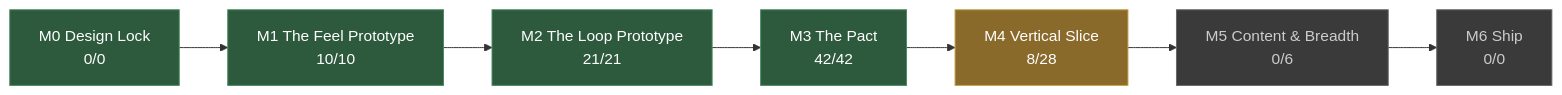
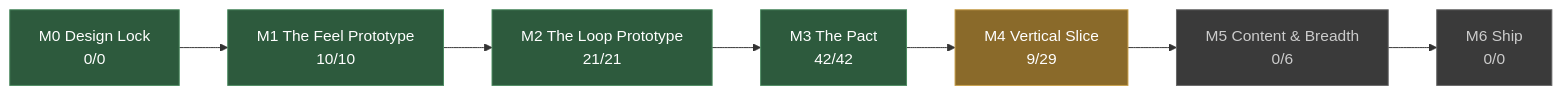
The diagram in docs/STATUS.md (JoshuaGessner/she), drawn with Mermaid before and after one commit. The commit also changed other lines of this file and 7 other files, not shown here.

````diff
--- a/docs/STATUS.md
+++ b/docs/STATUS.md
@@ -13,19 +13,19 @@
 ```mermaid
 flowchart LR
   M0["M0 Design Lock<br/>0/0"]:::passed
   M1["M1 The Feel Prototype<br/>10/10"]:::passed
   M0 --> M1
   M2["M2 The Loop Prototype<br/>21/21"]:::passed
   M1 --> M2
   M3["M3 The Pact<br/>42/42"]:::passed
   M2 --> M3
-  M4["M4 Vertical Slice<br/>8/28"]:::current
+  M4["M4 Vertical Slice<br/>9/29"]:::current
   M3 --> M4
   M5["M5 Content & Breadth<br/>0/6"]:::ahead
   M4 --> M5
   M6["M6 Ship<br/>0/0"]:::ahead
   M5 --> M6
   classDef passed fill:#2d5a3d,stroke:#4a8a5f,color:#fff
   classDef current fill:#8a6a2a,stroke:#c8a04a,color:#fff
   classDef ahead fill:#3a3a3a,stroke:#666,color:#ccc
 ```
````
